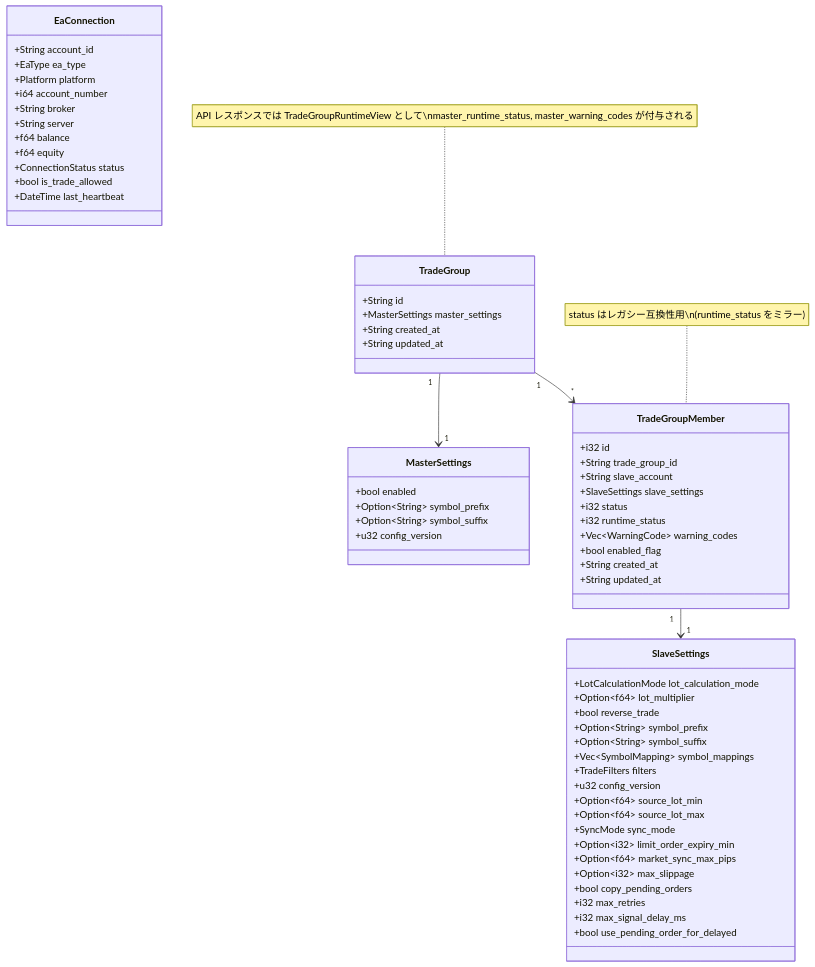
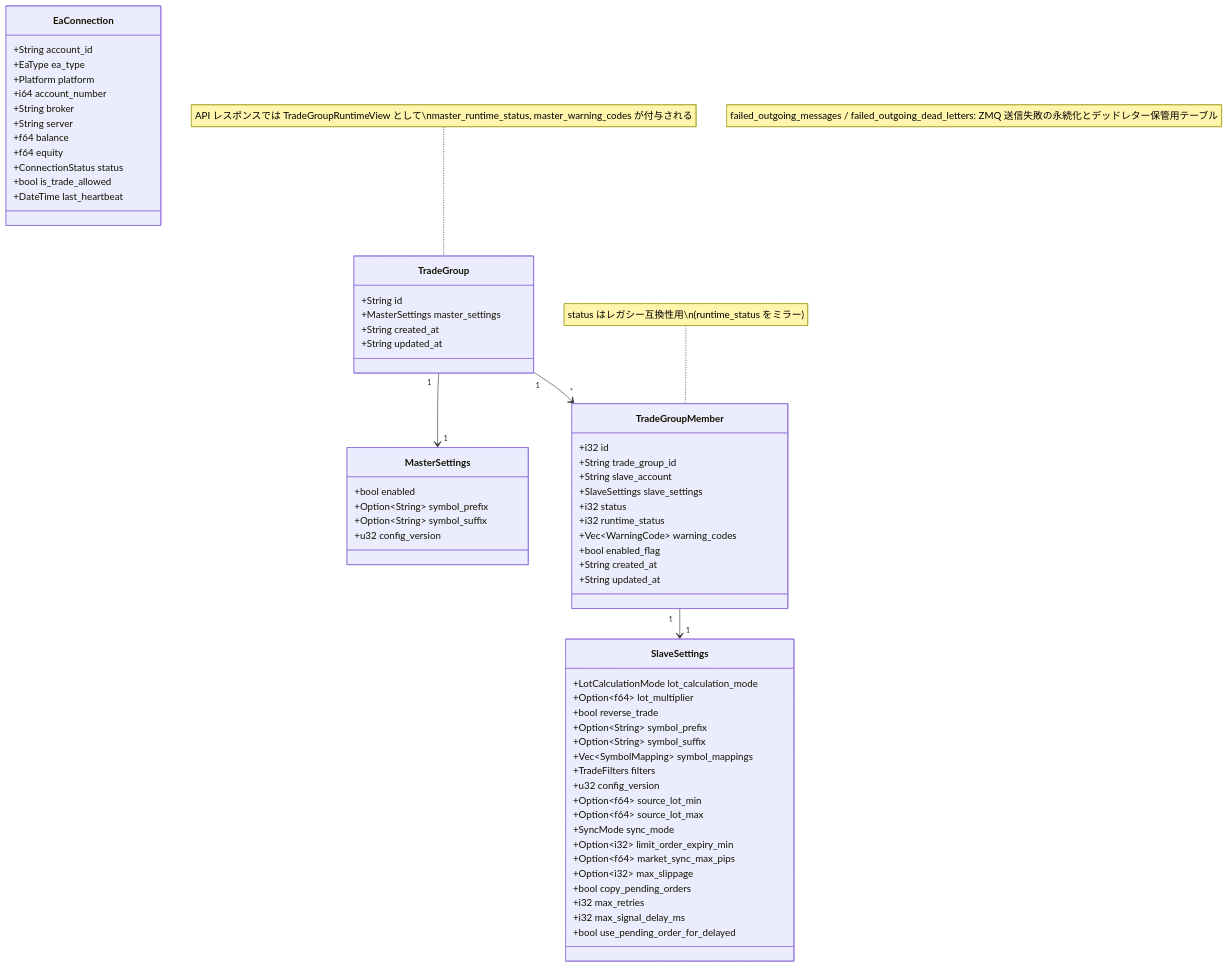
The second of 6 diagrams in docs/relay-server.md (poruru210/sankey-copier), drawn with Mermaid before and after one commit. The commit also changed other lines of this file and 2 other files, not shown here.

Commit message:
docs: clarify sync topic + document ZMQ reliability (metrics/retry/persistence)

````diff
--- a/docs/relay-server.md
+++ b/docs/relay-server.md
@@ -112,72 +112,74 @@
 ```mermaid
 classDiagram
     class EaConnection {
         +String account_id
         +EaType ea_type
         +Platform platform
         +i64 account_number
         +String broker
         +String server
         +f64 balance
         +f64 equity
         +ConnectionStatus status
         +bool is_trade_allowed
         +DateTime last_heartbeat
     }
 
     class TradeGroup {
         +String id
         +MasterSettings master_settings
         +String created_at
         +String updated_at
     }
 
     class MasterSettings {
         +bool enabled
         +Option~String~ symbol_prefix
         +Option~String~ symbol_suffix
         +u32 config_version
     }
 
     note for TradeGroup "API レスポンスでは TradeGroupRuntimeView として\nmaster_runtime_status, master_warning_codes が付与される"
 
     class TradeGroupMember {
         +i32 id
         +String trade_group_id
         +String slave_account
         +SlaveSettings slave_settings
         +i32 status
         +i32 runtime_status
         +Vec~WarningCode~ warning_codes
         +bool enabled_flag
         +String created_at
         +String updated_at
     }
 
+    note for DB "failed_outgoing_messages / failed_outgoing_dead_letters: ZMQ 送信失敗の永続化とデッドレター保管用テーブル"
+
     note for TradeGroupMember "status はレガシー互換性用\n(runtime_status をミラー)"
 
     class SlaveSettings {
         +LotCalculationMode lot_calculation_mode
         +Option~f64~ lot_multiplier
         +bool reverse_trade
         +Option~String~ symbol_prefix
         +Option~String~ symbol_suffix
         +Vec~SymbolMapping~ symbol_mappings
         +TradeFilters filters
         +u32 config_version
         +Option~f64~ source_lot_min
         +Option~f64~ source_lot_max
         +SyncMode sync_mode
         +Option~i32~ limit_order_expiry_min
         +Option~f64~ market_sync_max_pips
         +Option~i32~ max_slippage
         +bool copy_pending_orders
         +i32 max_retries
         +i32 max_signal_delay_ms
         +bool use_pending_order_for_delayed
     }
 
     TradeGroup "1" --> "1" MasterSettings
     TradeGroup "1" --> "*" TradeGroupMember
     TradeGroupMember "1" --> "1" SlaveSettings
 ```
````
